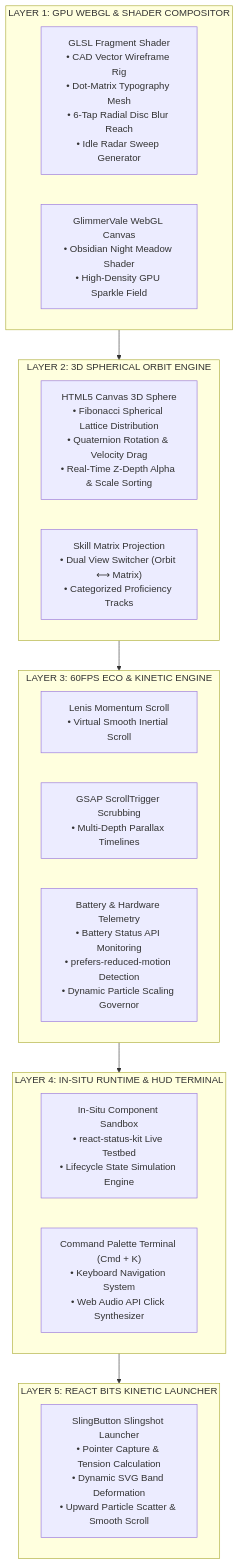
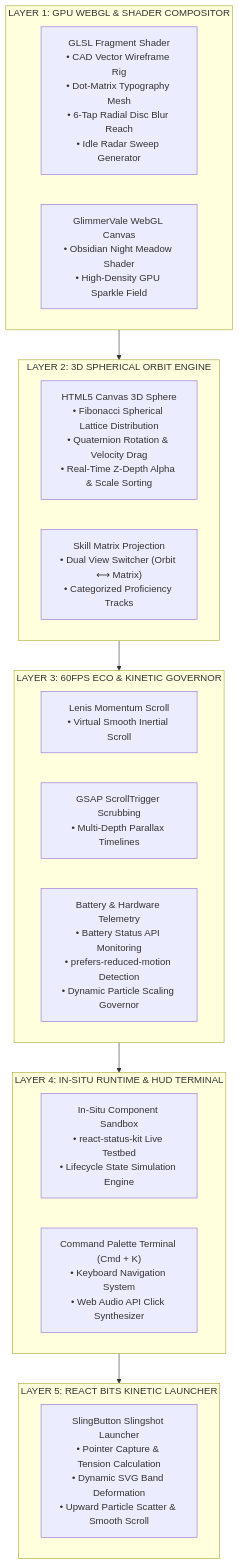
Before and after one commit to roshangowdas/roshangowda: the diagram in README.md, drawn with Mermaid. The commit also changed other lines of this file, not shown here.

````diff
--- a/README.md
+++ b/README.md
@@ -47,32 +59,32 @@
 ```mermaid
 flowchart TD
     subgraph L1["LAYER 1: GPU WEBGL & SHADER COMPOSITOR"]
         CAD["GLSL Fragment Shader<br/>• CAD Vector Wireframe Rig<br/>• Dot-Matrix Typography Mesh<br/>• 6-Tap Radial Disc Blur Reach<br/>• Idle Radar Sweep Generator"]
         Glimmer["GlimmerVale WebGL Canvas<br/>• Obsidian Night Meadow Shader<br/>• High-Density GPU Sparkle Field"]
     end
 
     subgraph L2["LAYER 2: 3D SPHERICAL ORBIT ENGINE"]
         Sphere["HTML5 Canvas 3D Sphere<br/>• Fibonacci Spherical Lattice Distribution<br/>• Quaternion Rotation & Velocity Drag<br/>• Real-Time Z-Depth Alpha & Scale Sorting"]
         Matrix["Skill Matrix Projection<br/>• Dual View Switcher (Orbit ⟷ Matrix)<br/>• Categorized Proficiency Tracks"]
     end
 
-    subgraph L3["LAYER 3: 60FPS ECO & KINETIC ENGINE"]
+    subgraph L3["LAYER 3: 60FPS ECO & KINETIC GOVERNOR"]
         Lenis["Lenis Momentum Scroll<br/>• Virtual Smooth Inertial Scroll"]
         GSAP["GSAP ScrollTrigger Scrubbing<br/>• Multi-Depth Parallax Timelines"]
         Eco["Battery & Hardware Telemetry<br/>• Battery Status API Monitoring<br/>• prefers-reduced-motion Detection<br/>• Dynamic Particle Scaling Governor"]
     end
 
     subgraph L4["LAYER 4: IN-SITU RUNTIME & HUD TERMINAL"]
         Sandbox["In-Situ Component Sandbox<br/>• react-status-kit Live Testbed<br/>• Lifecycle State Simulation Engine"]
         HUD["Command Palette Terminal (Cmd + K)<br/>• Keyboard Navigation System<br/>• Web Audio API Click Synthesizer"]
     end
 
     subgraph L5["LAYER 5: REACT BITS KINETIC LAUNCHER"]
         Sling["SlingButton Slingshot Launcher<br/>• Pointer Capture & Tension Calculation<br/>• Dynamic SVG Band Deformation<br/>• Upward Particle Scatter & Smooth Scroll"]
     end
 
     L1 --> L2
     L2 --> L3
     L3 --> L4
     L4 --> L5
 ```
````
